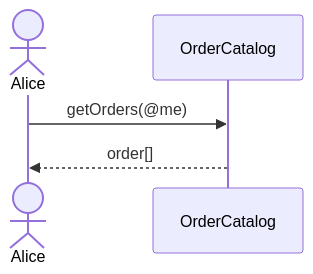
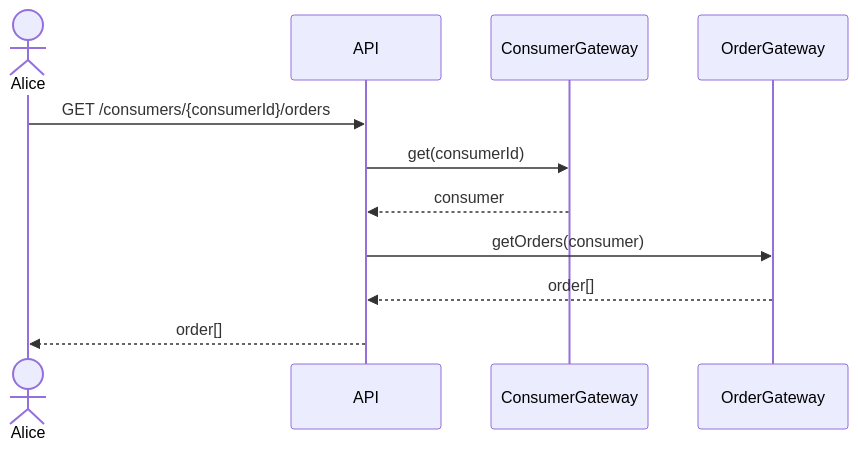
One commit to hivetown/planning changed diagram 12 of 32 in sequence.md. Above: the diagram before and after it, drawn with Mermaid. The commit also changed other lines of this file, not shown here.

````diff
--- a/sequence.md
+++ b/sequence.md
@@ -297,8 +341,15 @@
 ```mermaid
 sequenceDiagram
     actor A as Alice
-    participant OC as OrderCatalog
+    participant API
+    participant CG as ConsumerGateway
+    participant OG as OrderGateway
 
-    A ->> OC: getOrders(@me)
-    OC -->> A: order[]
+    A ->> API: GET /consumers/{consumerId}/orders
+    API ->> CG: get(consumerId)
+    CG -->> API: consumer
+
+    API ->> OG: getOrders(consumer)
+    OG -->> API: order[]
+    API -->> A: order[]
 ```
````
